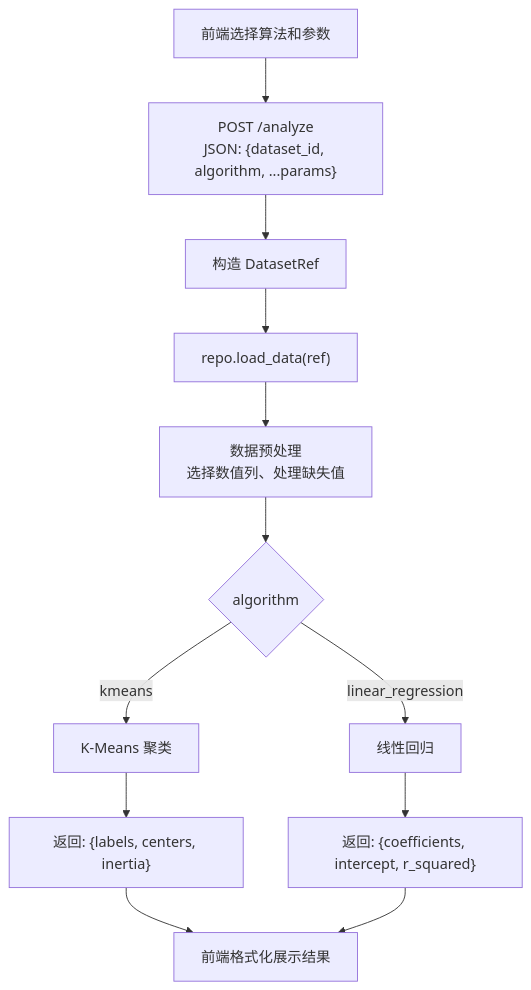
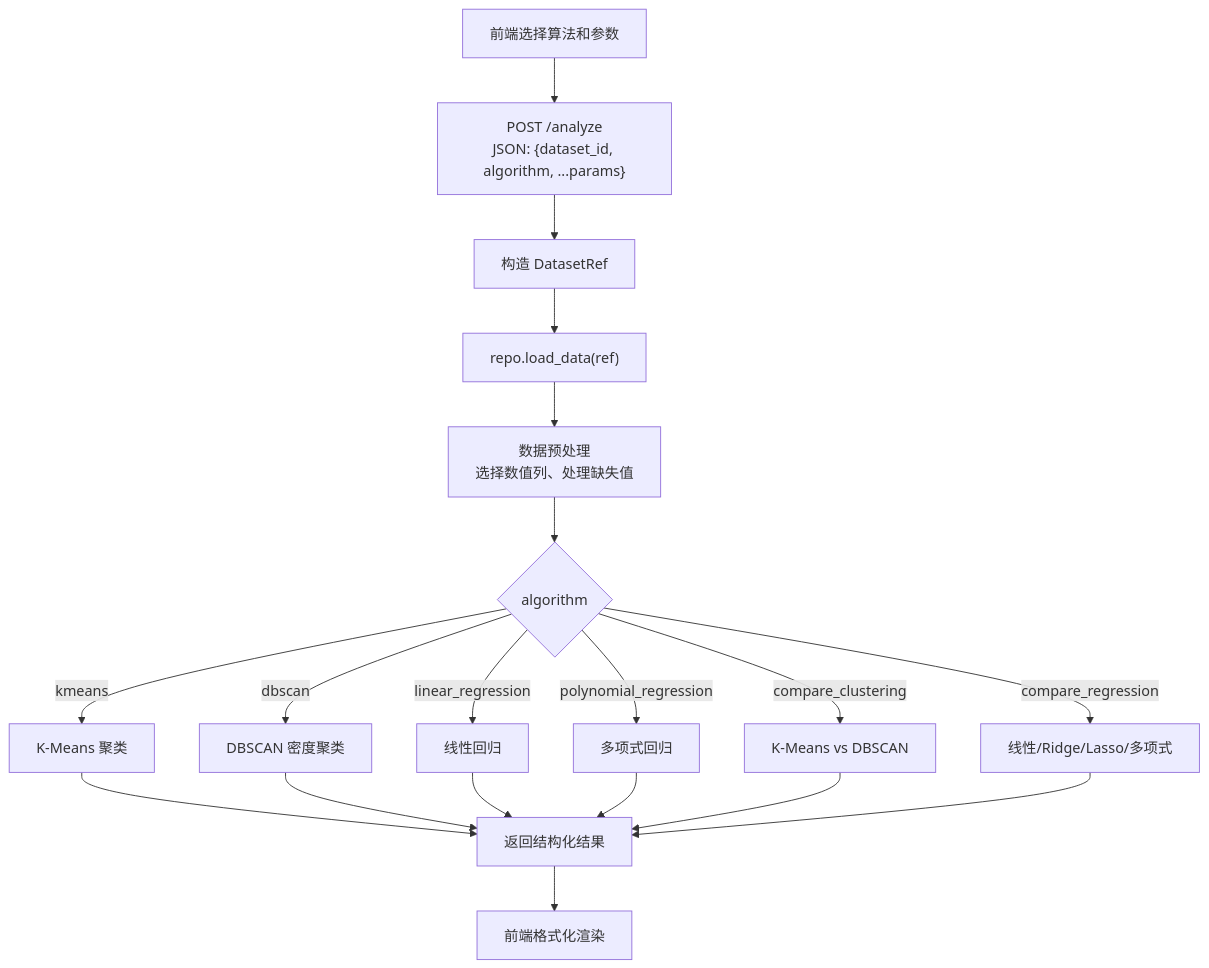
Before and after one commit to HuayiDudu/Interactive-Data-Analysis-System: the first of 4 diagrams in docs/4-分析功能模块/开发文档.md, drawn with Mermaid. The commit also changed other lines of this file and 10 other files, not shown here.

````diff
--- a/docs/4-分析功能模块/开发文档.md
+++ b/docs/4-分析功能模块/开发文档.md
@@ -53,14 +61,21 @@
 ```mermaid
 flowchart TD
     A["前端选择算法和参数"] --> B["POST /analyze<br/>JSON: {dataset_id, algorithm, ...params}"]
     B --> C["构造 DatasetRef"]
     C --> D["repo.load_data(ref)"]
     D --> E["数据预处理<br/>选择数值列、处理缺失值"]
     E --> F{"algorithm"}
     F -->|"kmeans"| G["K-Means 聚类"]
-    F -->|"linear_regression"| H["线性回归"]
-    G --> I["返回: {labels, centers, inertia}"]
-    H --> J["返回: {coefficients, intercept, r_squared}"]
-    I --> K["前端格式化展示结果"]
-    J --> K
+    F -->|"dbscan"| H["DBSCAN 密度聚类"]
+    F -->|"linear_regression"| I["线性回归"]
+    F -->|"polynomial_regression"| J["多项式回归"]
+    F -->|"compare_clustering"| K["K-Means vs DBSCAN"]
+    F -->|"compare_regression"| L["线性/Ridge/Lasso/多项式"]
+    G --> M["返回结构化结果"]
+    H --> M
+    I --> M
+    J --> M
+    K --> M
+    L --> M
+    M --> N["前端格式化渲染"]
 ```
````
